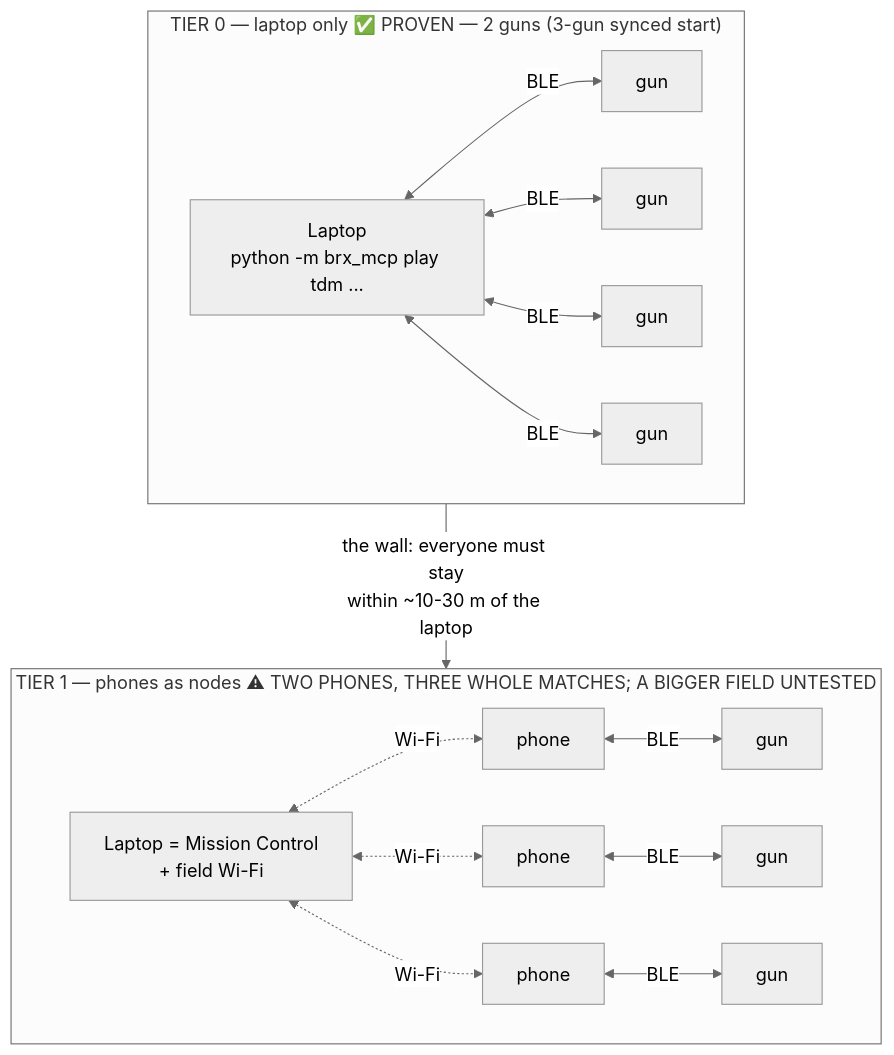
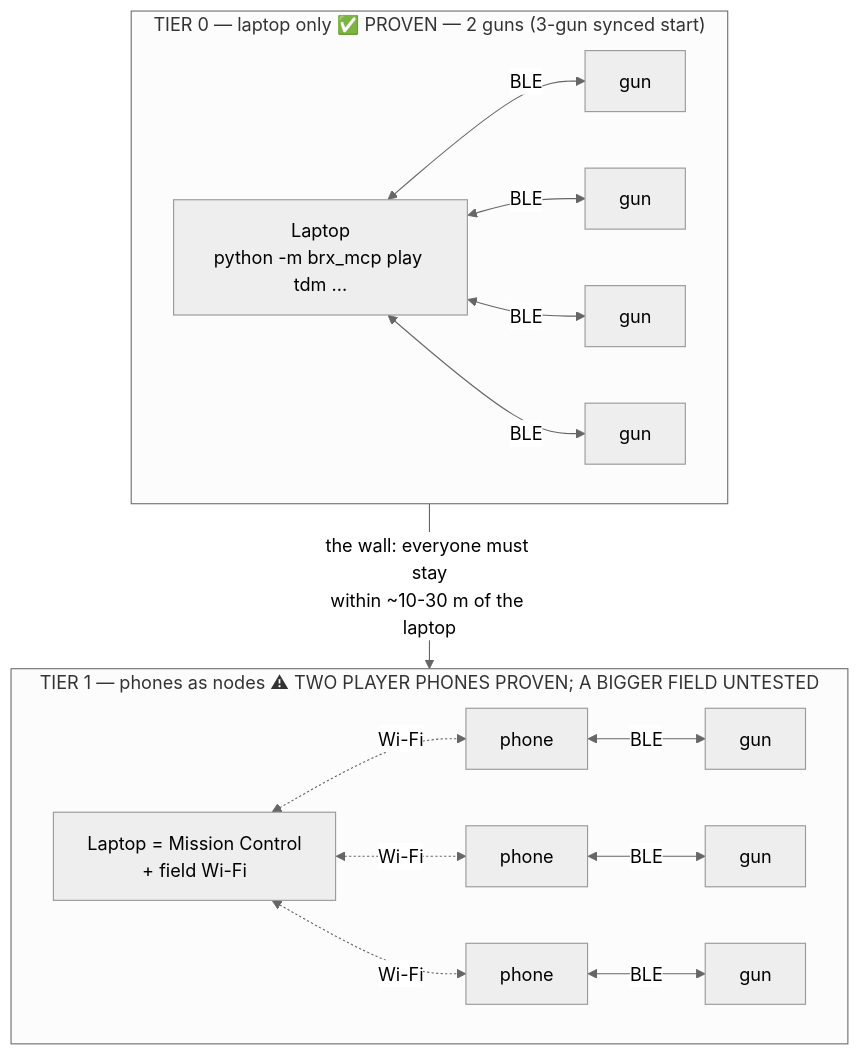
One commit to tony99nyr/open-brx changed the third of 5 diagrams in docs/architecture-topology.md. Above: the diagram before and after it, drawn with Mermaid (neutral theme). The commit also changed other lines of this file and 60 other files, not shown here.

````diff
--- a/docs/architecture-topology.md
+++ b/docs/architecture-topology.md
@@ -160,32 +160,32 @@
 ```mermaid
 flowchart TB
   subgraph T0["TIER 0 — laptop only ✅ PROVEN — 2 guns (3-gun synced start)"]
     direction LR
     L0["Laptop<br/>python -m brx_mcp play tdm ..."]
     g1["gun"]
     g2["gun"]
     g3["gun"]
     g4["gun"]
     L0 <-->|BLE| g1
     L0 <-->|BLE| g2
     L0 <-->|BLE| g3
     L0 <-->|BLE| g4
   end
-  subgraph T1["TIER 1 — phones as nodes ⚠ TWO PHONES, THREE WHOLE MATCHES; A BIGGER FIELD UNTESTED"]
+  subgraph T1["TIER 1 — phones as nodes ⚠ TWO PLAYER PHONES PROVEN; A BIGGER FIELD UNTESTED"]
     direction LR
     L1["Laptop = Mission Control<br/>+ field Wi-Fi"]
     p1["phone"]
     p2["phone"]
     p3["phone"]
     q1["gun"]
     q2["gun"]
     q3["gun"]
     L1 <-.->|Wi-Fi| p1
     L1 <-.->|Wi-Fi| p2
     L1 <-.->|Wi-Fi| p3
     p1 <-->|BLE| q1
     p2 <-->|BLE| q2
     p3 <-->|BLE| q3
   end
   T0 -->|"the wall: everyone must stay<br/>within ~10-30 m of the laptop"| T1
 ```
````
